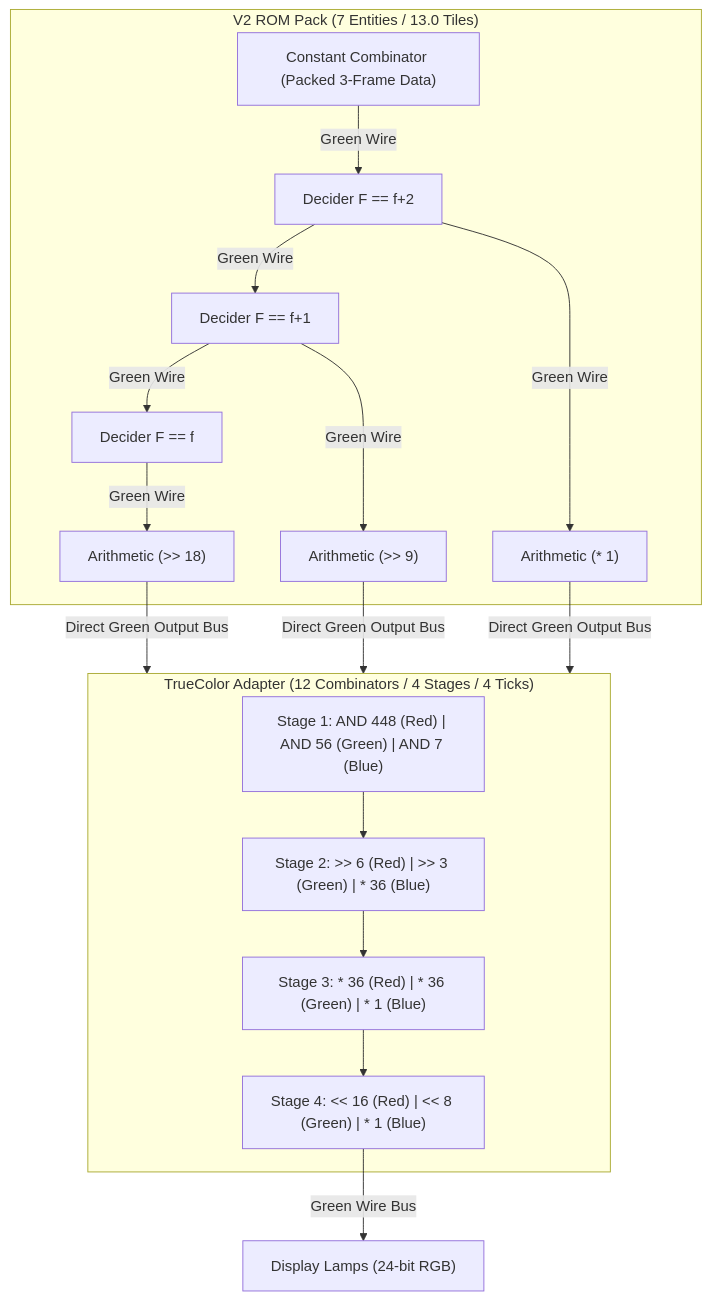
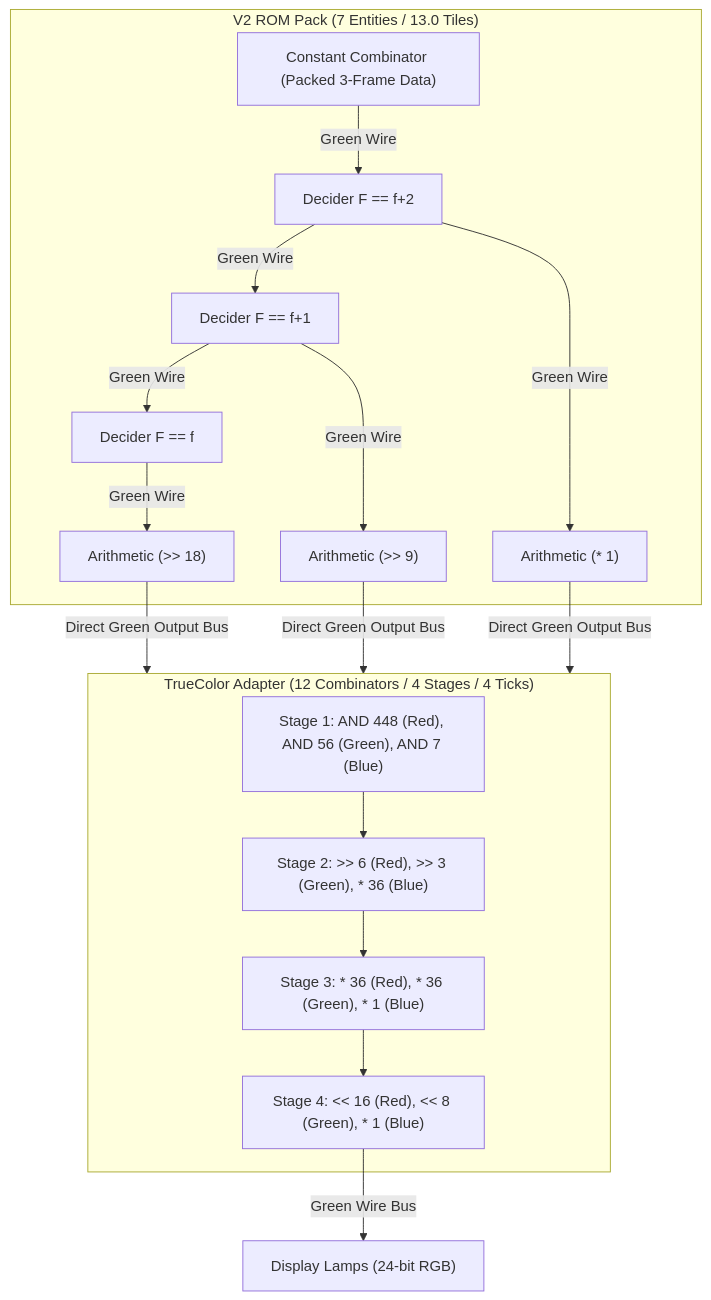
The second of 4 diagrams in docs/CIRCUIT_ENGINE_V1_V2_ARCHITECTURE.md (Lexanspe/Video-to-Factorio-Blueprint), drawn with Mermaid before and after one commit. The commit also changed other lines of this file and 23 other files, not shown here.

````diff
--- a/docs/CIRCUIT_ENGINE_V1_V2_ARCHITECTURE.md
+++ b/docs/CIRCUIT_ENGINE_V1_V2_ARCHITECTURE.md
@@ -74,27 +74,27 @@
 ```mermaid
 graph TD
     subgraph ROM_Pack["V2 ROM Pack (7 Entities / 13.0 Tiles)"]
         CC["Constant Combinator (Packed 3-Frame Data)"]
-        CC -->|Green Wire| D2["Decider F == f+2"]
-        D2 -->|Green Wire| D1["Decider F == f+1"]
-        D1 -->|Green Wire| D0["Decider F == f"]
+        CC -->|"Green Wire"| D2["Decider F == f+2"]
+        D2 -->|"Green Wire"| D1["Decider F == f+1"]
+        D1 -->|"Green Wire"| D0["Decider F == f"]
 
-        D0 -->|Green Wire| S0["Arithmetic (>> 18)"]
-        D1 -->|Green Wire| S1["Arithmetic (>> 9)"]
-        D2 -->|Green Wire| S2["Arithmetic (* 1)"]
+        D0 -->|"Green Wire"| S0["Arithmetic (>> 18)"]
+        D1 -->|"Green Wire"| S1["Arithmetic (>> 9)"]
+        D2 -->|"Green Wire"| S2["Arithmetic (* 1)"]
     end
 
-    S0 -->|Direct Green Output Bus| ADAPTER
-    S1 -->|Direct Green Output Bus| ADAPTER
-    S2 -->|Direct Green Output Bus| ADAPTER
+    S0 -->|"Direct Green Output Bus"| ADAPTER
+    S1 -->|"Direct Green Output Bus"| ADAPTER
+    S2 -->|"Direct Green Output Bus"| ADAPTER
 
     subgraph ADAPTER["TrueColor Adapter (12 Combinators / 4 Stages / 4 Ticks)"]
-        STAGE1["Stage 1: AND 448 (Red) | AND 56 (Green) | AND 7 (Blue)"]
-        STAGE2["Stage 2: >> 6 (Red) | >> 3 (Green) | * 36 (Blue)"]
-        STAGE3["Stage 3: * 36 (Red) | * 36 (Green) | * 1 (Blue)"]
-        STAGE4["Stage 4: << 16 (Red) | << 8 (Green) | * 1 (Blue)"]
+        STAGE1["Stage 1: AND 448 (Red), AND 56 (Green), AND 7 (Blue)"]
+        STAGE2["Stage 2: >> 6 (Red), >> 3 (Green), * 36 (Blue)"]
+        STAGE3["Stage 3: * 36 (Red), * 36 (Green), * 1 (Blue)"]
+        STAGE4["Stage 4: << 16 (Red), << 8 (Green), * 1 (Blue)"]
         STAGE1 --> STAGE2 --> STAGE3 --> STAGE4
     end
 
-    STAGE4 -->|Green Wire Bus| MONITOR["Display Lamps (24-bit RGB)"]
+    STAGE4 -->|"Green Wire Bus"| MONITOR["Display Lamps (24-bit RGB)"]
 ```
````
